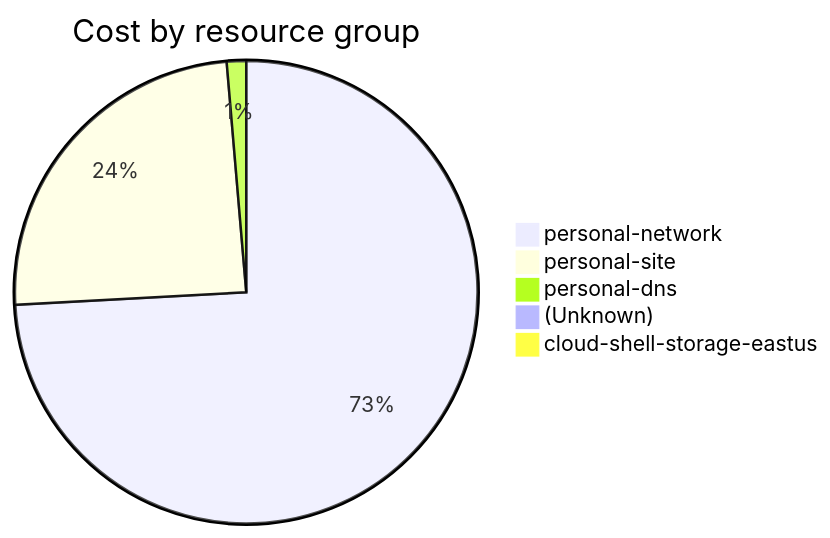
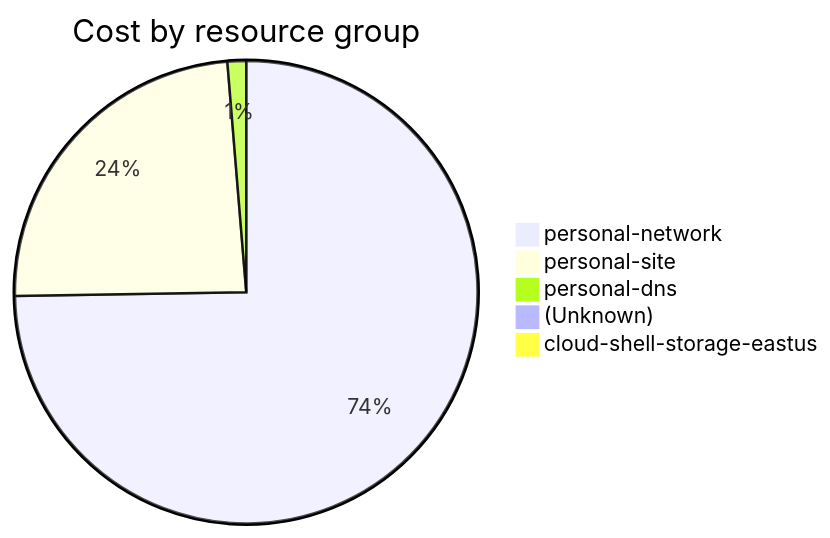
One commit to jpfulton/azure-personal-reports changed the fourth of 4 diagrams in cost-reports/accumulated-cost.md. Above: the diagram before and after it, drawn with Mermaid. The commit also changed other lines of this file and 4 other files, not shown here.

````diff
--- a/cost-reports/accumulated-cost.md
+++ b/cost-reports/accumulated-cost.md
@@ -155,9 +155,9 @@
 ```mermaid
 pie
    title Cost by resource group
-   "personal-network" : 8.77
-   "personal-site" : 2.90
-   "personal-dns" : 0.16
-   "(Unknown)" : 0.11
-   "cloud-shell-storage-eastus" : 0.05
+   "personal-network" : 10.89
+   "personal-site" : 3.49
+   "personal-dns" : 0.19
+   "(Unknown)" : 0.14
+   "cloud-shell-storage-eastus" : 0.06
 ```
````
